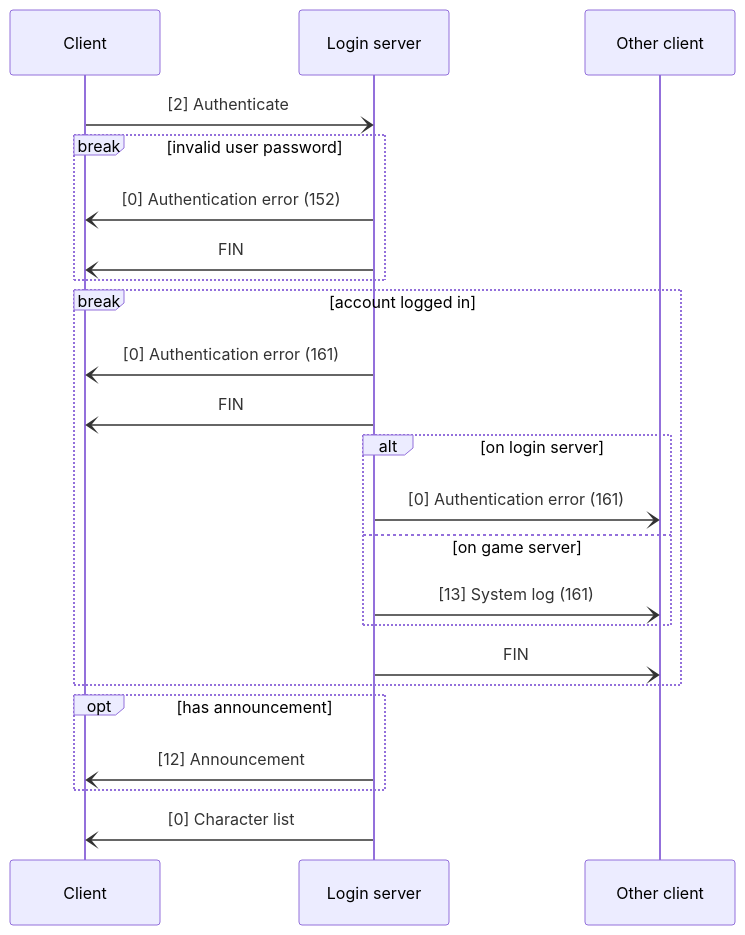
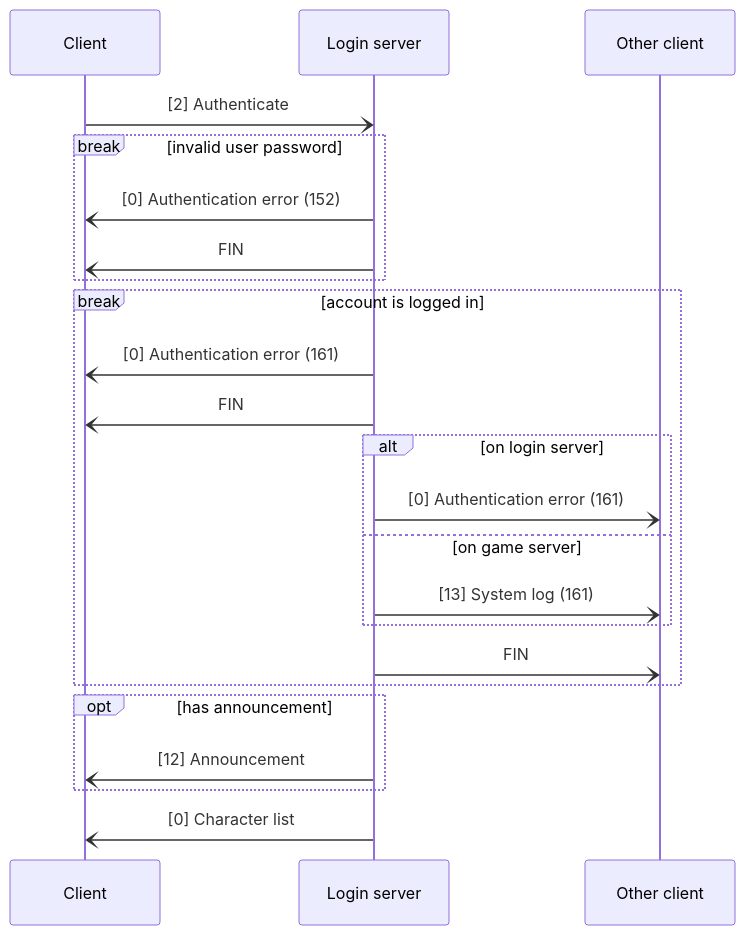
The first of 3 diagrams in README.md (fygonzalo/banana), drawn with Mermaid before and after one commit. The commit also changed other lines of this file, not shown here.

Commit message:
docs: add disconnection flow

````diff
--- a/README.md
+++ b/README.md
@@ -3,25 +10,25 @@
 ```mermaid
 sequenceDiagram
     participant Client
     participant Login server
     participant Other client
     Client-)Login server: [2] Authenticate
     break invalid user password
     Login server-)Client: [0] Authentication error (152)
     Login server-)Client: FIN
     end
-    break account logged in
+    break account is logged in
     Login server-)Client: [0] Authentication error (161)
     Login server-)Client: FIN
     alt on login server
     Login server-)Other client: [0] Authentication error (161)
     else on game server
     Login server-)Other client: [13] System log (161)
     end
     Login server-)Other client: FIN
     end
     opt has announcement
     Login server-)Client: [12] Announcement
     end
     Login server-)Client: [0] Character list
 ```
````
